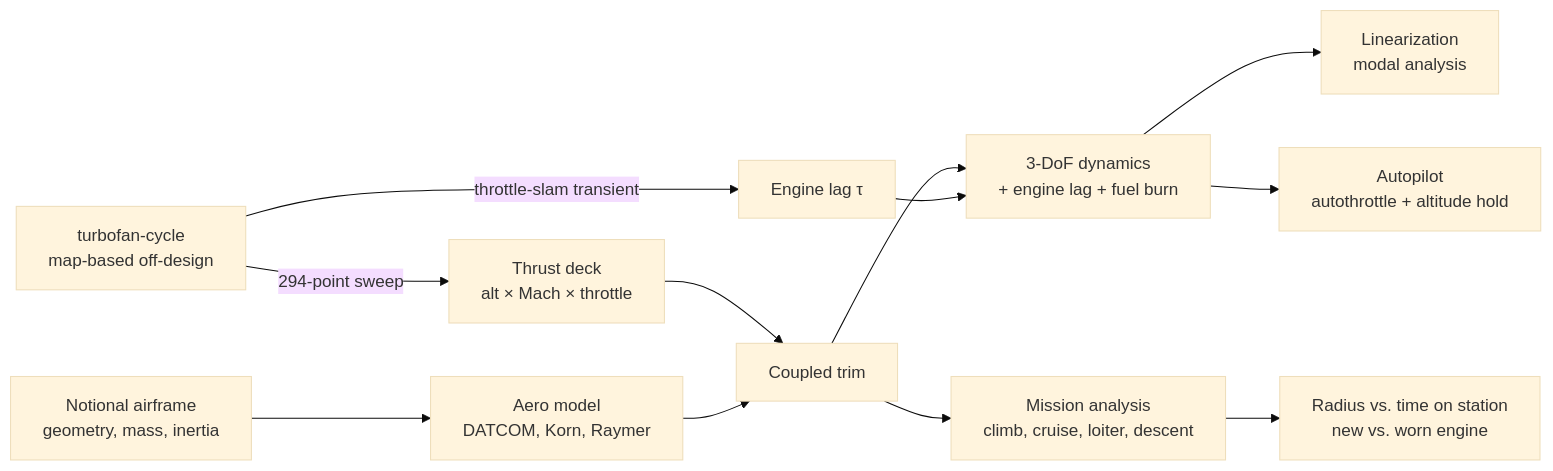
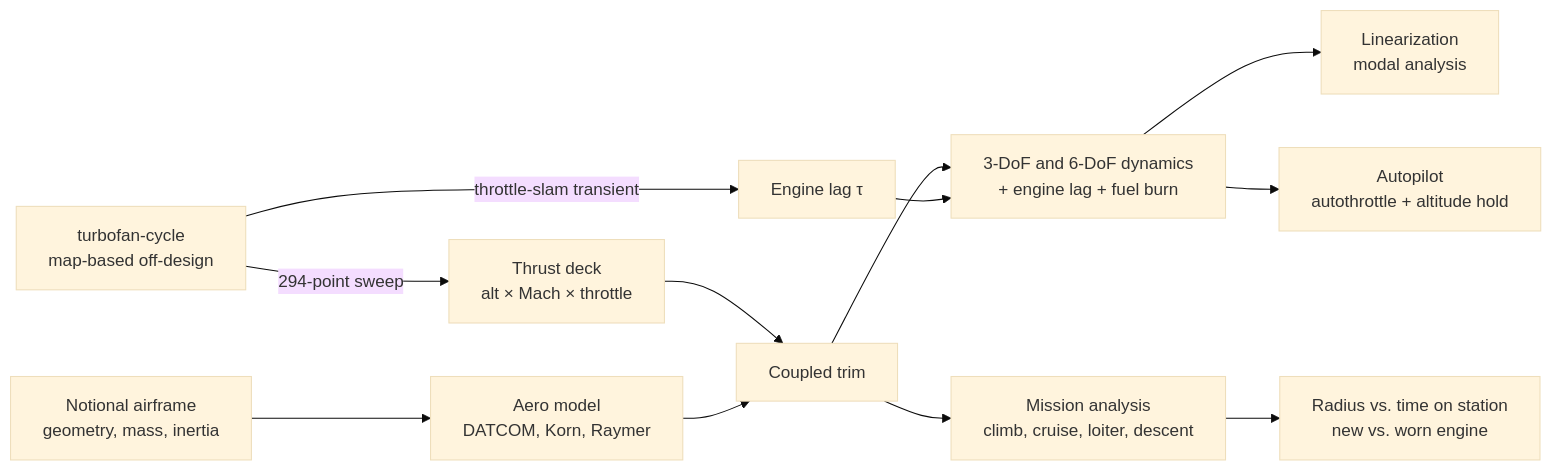
The diagram in README.md (SirPicklee/jet-uav-engine-airframe-integration), drawn with Mermaid (base theme) before and after one commit. The commit also changed other lines of this file and 6 other files, not shown here.

````diff
--- a/README.md
+++ b/README.md
@@ -15,14 +15,14 @@
 ```mermaid
 flowchart LR
     A[turbofan-cycle<br/>map-based off-design] -->|294-point sweep| B[Thrust deck<br/>alt × Mach × throttle]
     A -->|throttle-slam transient| C[Engine lag τ]
     D[Notional airframe<br/>geometry, mass, inertia] --> E[Aero model<br/>DATCOM, Korn, Raymer]
     B --> F[Coupled trim]
     E --> F
-    F --> G[3-DoF dynamics<br/>+ engine lag + fuel burn]
+    F --> G[3-DoF and 6-DoF dynamics<br/>+ engine lag + fuel burn]
     C --> G
     G --> H[Linearization<br/>modal analysis]
     G --> I[Autopilot<br/>autothrottle + altitude hold]
     F --> J[Mission analysis<br/>climb, cruise, loiter, descent]
     J --> K[Radius vs. time on station<br/>new vs. worn engine]
 ```
````
